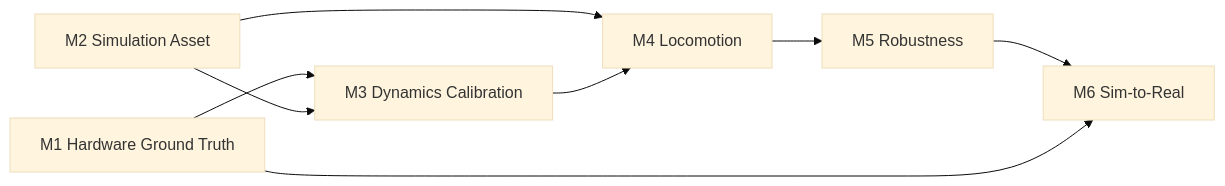
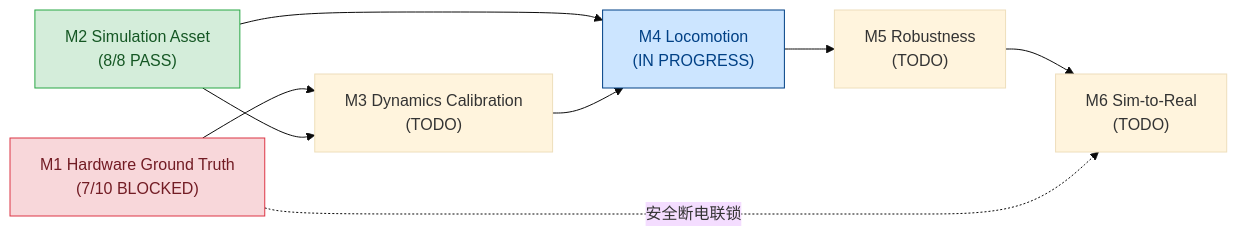
The first of 2 diagrams in page/stackforce/Roadmap与里程碑.md (Kytolly/wiki-tutorial-Isaac), drawn with Mermaid (base theme) before and after one commit. The commit also changed other lines of this file and 15 other files, not shown here.

First line of the commit message:
refactor(wiki): establish evidence architecture and restore canonical M1-M6 roadmap

````diff
--- a/page/stackforce/Roadmap与里程碑.md
+++ b/page/stackforce/Roadmap与里程碑.md
@@ -42,10 +24,14 @@
 ```mermaid
 flowchart LR
-    M1[M1 Hardware Ground Truth] --> M3[M3 Dynamics Calibration]
-    M2[M2 Simulation Asset] --> M3
-    M2 --> M4[M4 Locomotion]
+    M1["M1 Hardware Ground Truth<br>(7/10 BLOCKED)"] --> M3["M3 Dynamics Calibration<br>(TODO)"]
+    M2["M2 Simulation Asset<br>(8/8 PASS)"] --> M3
+    M2 --> M4["M4 Locomotion<br>(IN PROGRESS)"]
     M3 --> M4
-    M4 --> M5[M5 Robustness]
-    M5 --> M6[M6 Sim-to-Real]
-    M1 --> M6
+    M4 --> M5["M5 Robustness<br>(TODO)"]
+    M5 --> M6["M6 Sim-to-Real<br>(TODO)"]
+    M1 -. 安全断电联锁 .-> M6
+    
+    style M1 fill:#f8d7da,stroke:#dc3545,color:#721c24
+    style M2 fill:#d4edda,stroke:#28a745,color:#155724
+    style M4 fill:#cce5ff,stroke:#004085,color:#004085
 ```
````
